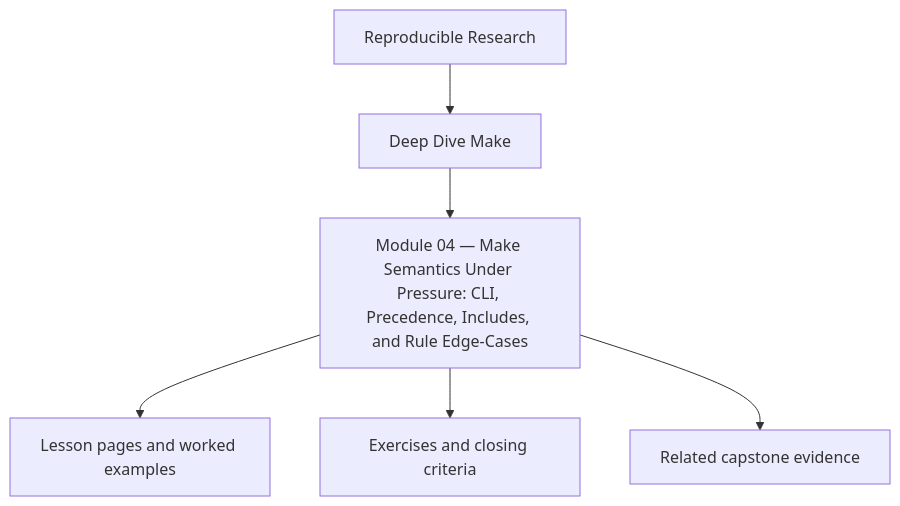
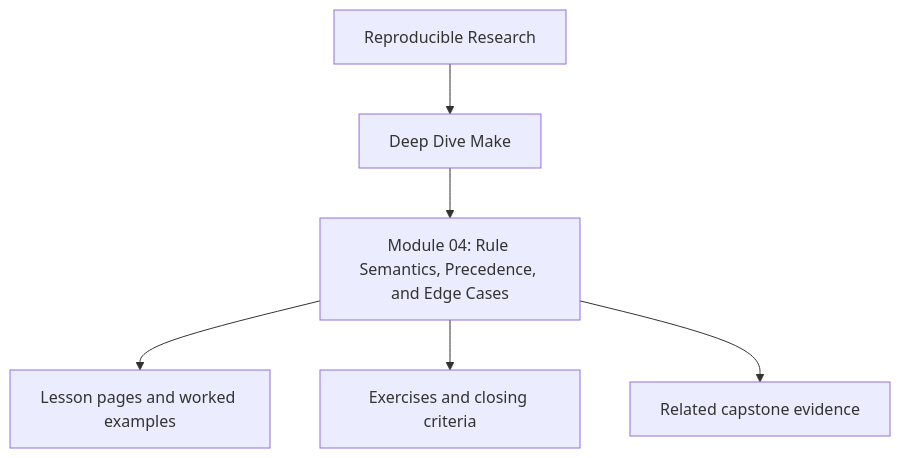
The first of 2 diagrams in programs/reproducible-research/deep-dive-make/course-book/module-04-cli-precedence-includes-and-rule-edge-cases/index.md (bijux/bijux-masterclass), drawn with Mermaid before and after one commit. The commit also changed other lines of this file and 241 other files, not shown here.

````diff
--- a/programs/reproducible-research/deep-dive-make/course-book/module-04-cli-precedence-includes-and-rule-edge-cases/index.md
+++ b/programs/reproducible-research/deep-dive-make/course-book/module-04-cli-precedence-includes-and-rule-edge-cases/index.md
@@ -8,8 +8,8 @@
 ```mermaid
 flowchart TD
   family["Reproducible Research"] --> program["Deep Dive Make"]
-  program --> module["Module 04 — Make Semantics Under Pressure: CLI, Precedence, Includes, and Rule Edge-Cases"]
+  program --> module["Module 04: Rule Semantics, Precedence, and Edge Cases"]
   module --> lessons["Lesson pages and worked examples"]
   module --> checkpoints["Exercises and closing criteria"]
   module --> capstone["Related capstone evidence"]
 ```
````
